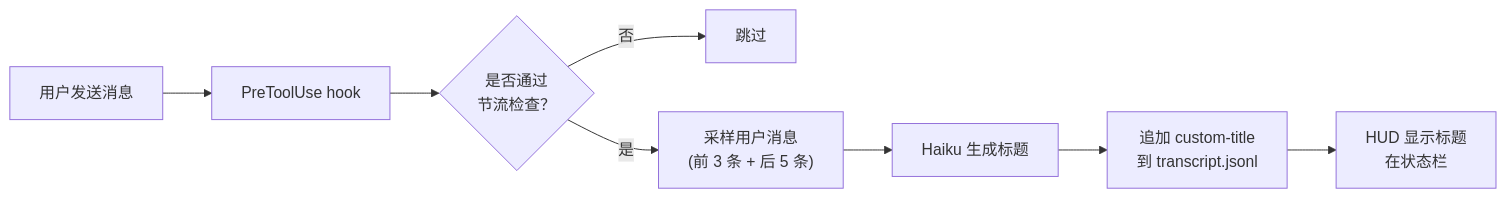
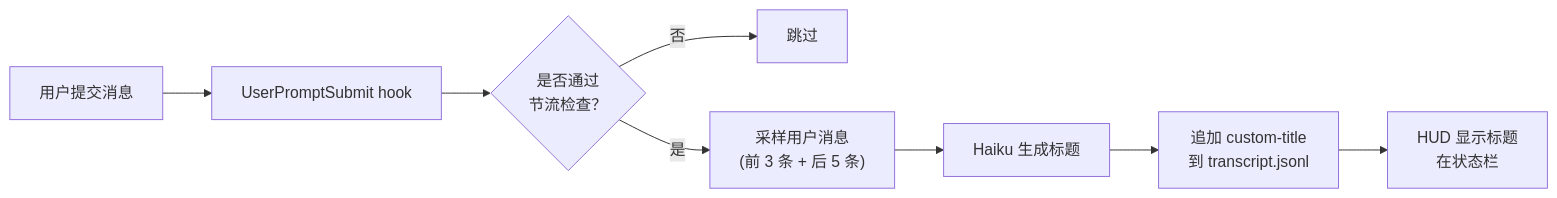
The diagram in README_ZH.md (macworld/claude-live-title), drawn with Mermaid before and after one commit. The commit also changed other lines of this file and 8 other files, not shown here.

````diff
--- a/README_ZH.md
+++ b/README_ZH.md
@@ -36,10 +36,10 @@
 ```mermaid
 flowchart LR
-    A[用户发送消息] --> B[PreToolUse hook]
+    A[用户提交消息] --> B[UserPromptSubmit hook]
     B --> C{是否通过<br/>节流检查？}
     C -->|否| D[跳过]
     C -->|是| E["采样用户消息<br/>(前 3 条 + 后 5 条)"]
     E --> F[Haiku 生成标题]
     F --> G[追加 custom-title<br/>到 transcript.jsonl]
     G --> H[HUD 显示标题<br/>在状态栏]
 ```
````
